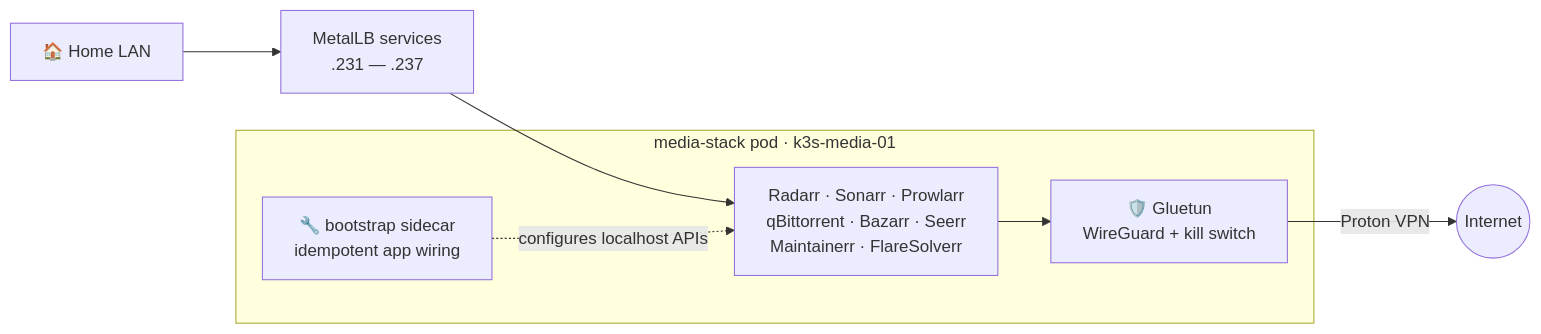
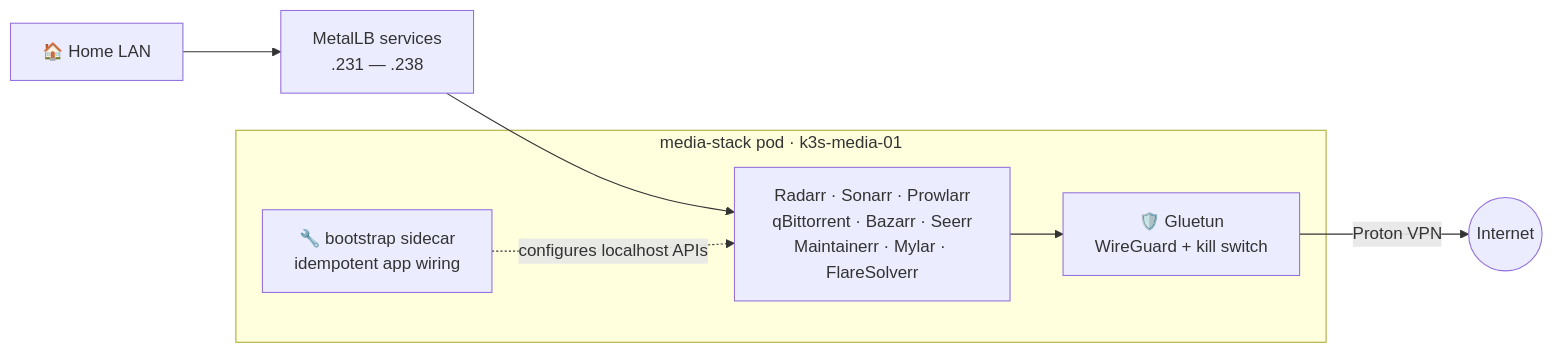
The second of 3 diagrams in README.md (chevlpcmp-lab/HomeFalloutServer), drawn with Mermaid before and after one commit. The commit also changed other lines of this file and 16 other files, not shown here.

````diff
--- a/README.md
+++ b/README.md
@@ -106,16 +108,16 @@
 ```mermaid
 flowchart LR
     LAN["🏠 Home LAN"]
-    Services["MetalLB services<br/>.231 — .237"]
+    Services["MetalLB services<br/>.231 — .238"]
 
     subgraph Pod["media-stack pod · k3s-media-01"]
-        Apps["Radarr · Sonarr · Prowlarr<br/>qBittorrent · Bazarr · Seerr<br/>Maintainerr · FlareSolverr"]
+        Apps["Radarr · Sonarr · Prowlarr<br/>qBittorrent · Bazarr · Seerr<br/>Maintainerr · Mylar · FlareSolverr"]
         VPN["🛡️ Gluetun<br/>WireGuard + kill switch"]
         Bootstrap["🔧 bootstrap sidecar<br/>idempotent app wiring"]
     end
 
     Internet(("Internet"))
     LAN --> Services --> Apps
     Bootstrap -.->|configures localhost APIs| Apps
     Apps --> VPN -->|"Proton VPN"| Internet
 ```
````
